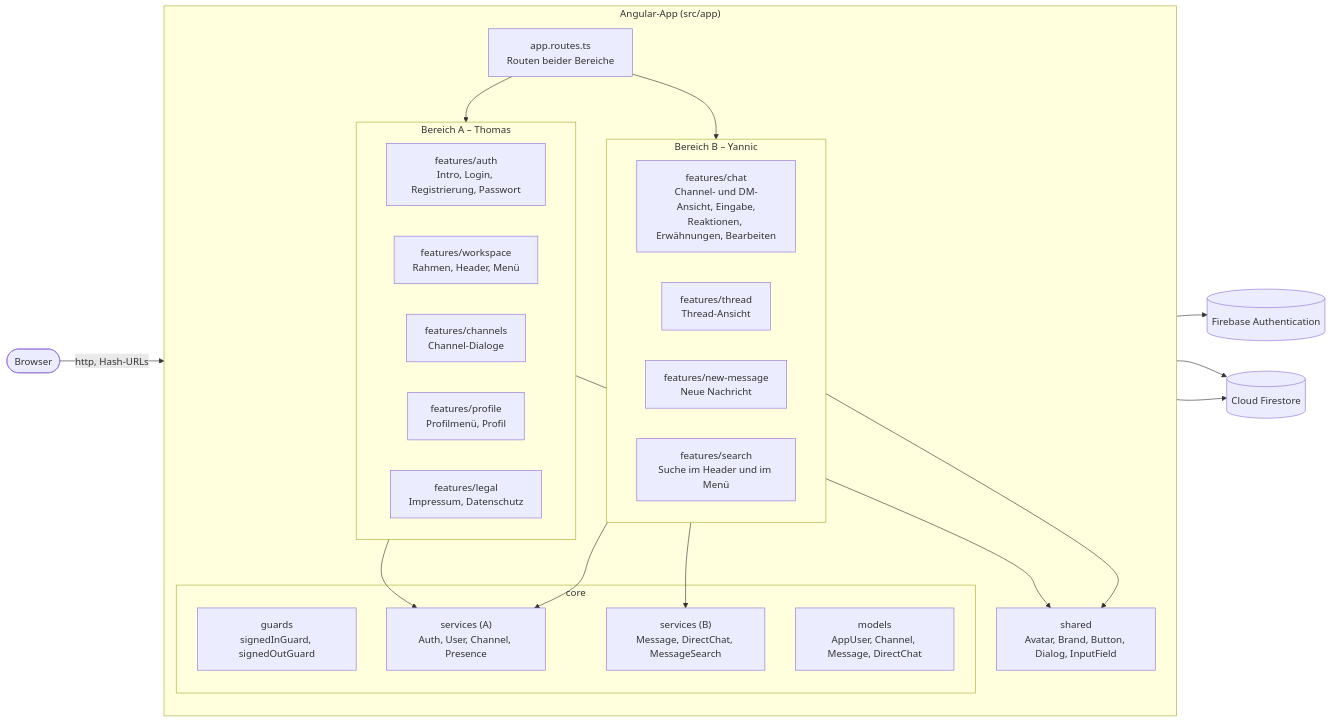
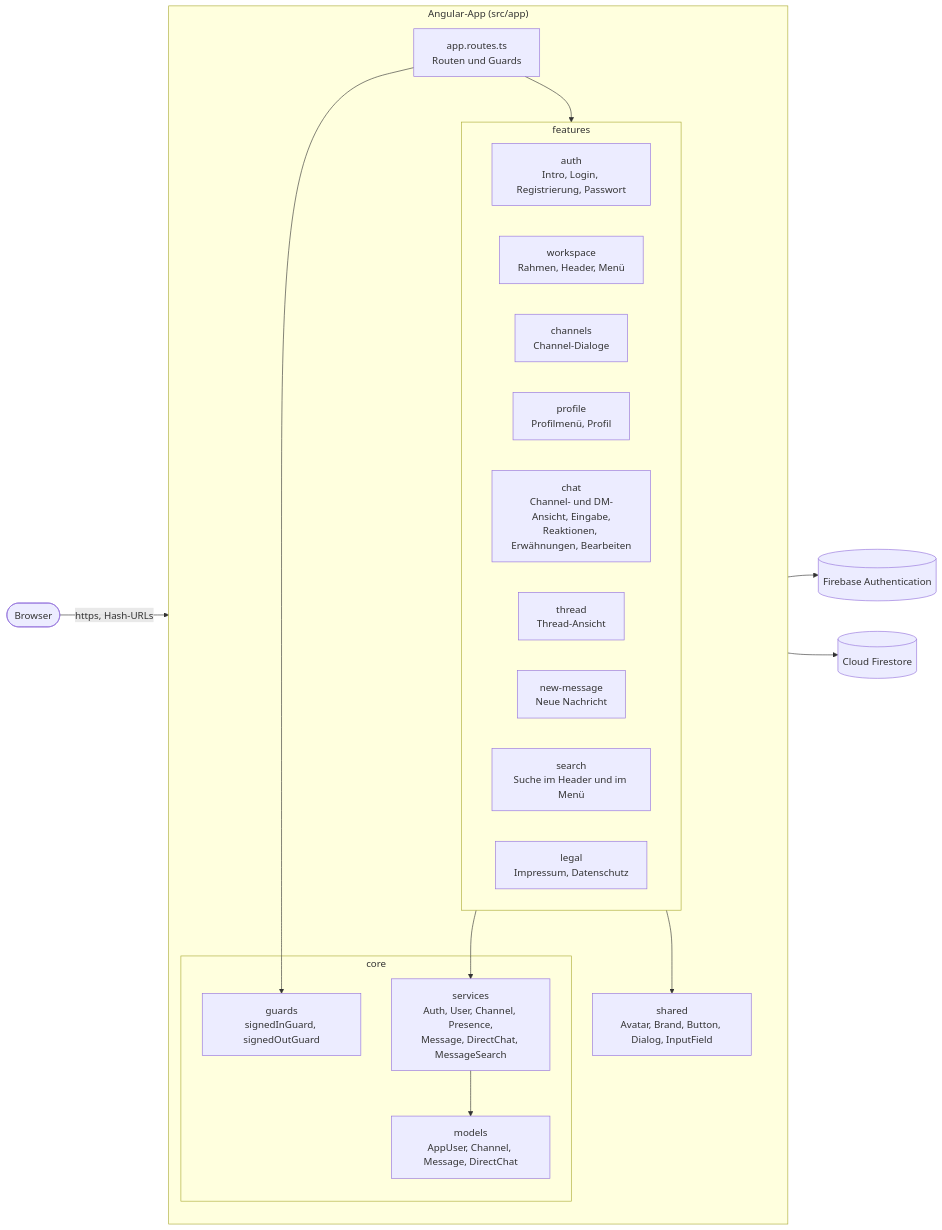
One commit to ttoebbe/dabubble changed the first of 7 diagrams in README.md. Above: the diagram before and after it, drawn with Mermaid. The commit also changed other lines of this file, not shown here.

Commit message:
docs: rewrite README as app overview

````diff
--- a/README.md
+++ b/README.md
@@ -90,45 +80,38 @@
 ```mermaid
 flowchart LR
-  browser(["Browser"]) -->|"http, Hash-URLs"| app
+  browser(["Browser"]) -->|"https, Hash-URLs"| app
 
   subgraph app["Angular-App (src/app)"]
     direction TB
-    routes["app.routes.ts<br/>Routen beider Bereiche"]
+    routes["app.routes.ts<br/>Routen und Guards"]
 
-    subgraph areaA["Bereich A – Thomas"]
-      auth["features/auth<br/>Intro, Login, Registrierung, Passwort"]
-      workspace["features/workspace<br/>Rahmen, Header, Menü"]
-      channels["features/channels<br/>Channel-Dialoge"]
-      profile["features/profile<br/>Profilmenü, Profil"]
-      legal["features/legal<br/>Impressum, Datenschutz"]
-    end
-
-    subgraph areaB["Bereich B – Yannic"]
-      chat["features/chat<br/>Channel- und DM-Ansicht, Eingabe,<br/>Reaktionen, Erwähnungen, Bearbeiten"]
-      thread["features/thread<br/>Thread-Ansicht"]
-      newMessage["features/new-message<br/>Neue Nachricht"]
-      search["features/search<br/>Suche im Header und im Menü"]
+    subgraph features["features"]
+      auth["auth<br/>Intro, Login, Registrierung, Passwort"]
+      workspace["workspace<br/>Rahmen, Header, Menü"]
+      channels["channels<br/>Channel-Dialoge"]
+      profile["profile<br/>Profilmenü, Profil"]
+      chat["chat<br/>Channel- und DM-Ansicht, Eingabe,<br/>Reaktionen, Erwähnungen, Bearbeiten"]
+      thread["thread<br/>Thread-Ansicht"]
+      newMessage["new-message<br/>Neue Nachricht"]
+      search["search<br/>Suche im Header und im Menü"]
+      legal["legal<br/>Impressum, Datenschutz"]
     end
 
     subgraph core["core"]
       guards["guards<br/>signedInGuard, signedOutGuard"]
-      servicesA["services (A)<br/>Auth, User, Channel, Presence"]
-      servicesB["services (B)<br/>Message, DirectChat, MessageSearch"]
+      services["services<br/>Auth, User, Channel, Presence,<br/>Message, DirectChat, MessageSearch"]
       models["models<br/>AppUser, Channel, Message, DirectChat"]
     end
 
     shared["shared<br/>Avatar, Brand, Button, Dialog, InputField"]
 
-    routes --> areaA
-    routes --> areaB
-    areaA --> servicesA
-    areaB --> servicesB
-    areaB --> servicesA
-    areaA --> shared
-    areaB --> shared
+    routes --> features
+    routes --> guards
+    features --> services
+    features --> shared
+    services --> models
   end
 
-  servicesA --> firebaseAuth[("Firebase Authentication")]
-  servicesA --> firestore[("Cloud Firestore")]
-  servicesB --> firestore
+  services --> firebaseAuth[("Firebase Authentication")]
+  services --> firestore[("Cloud Firestore")]
 ```
````
